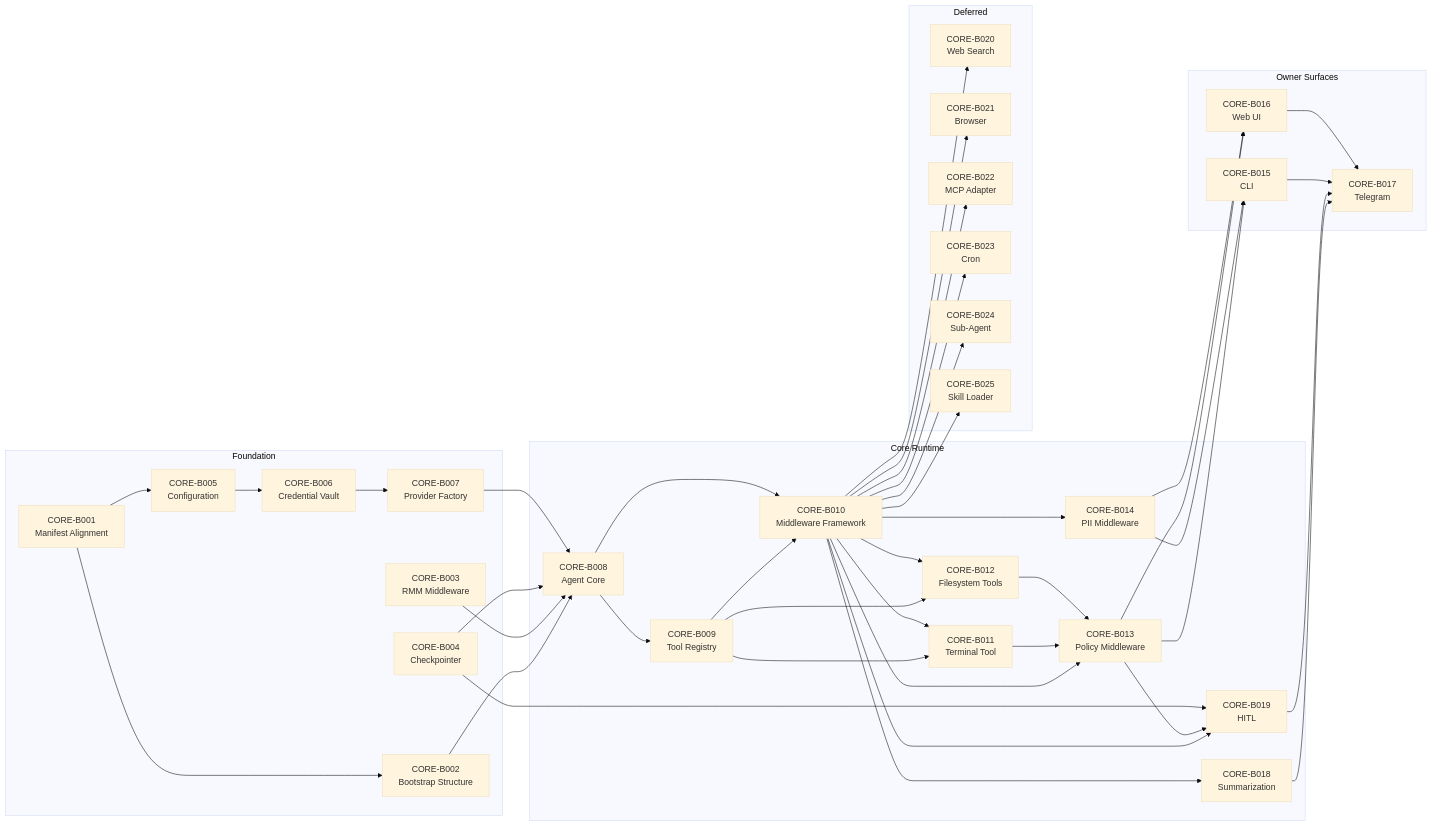
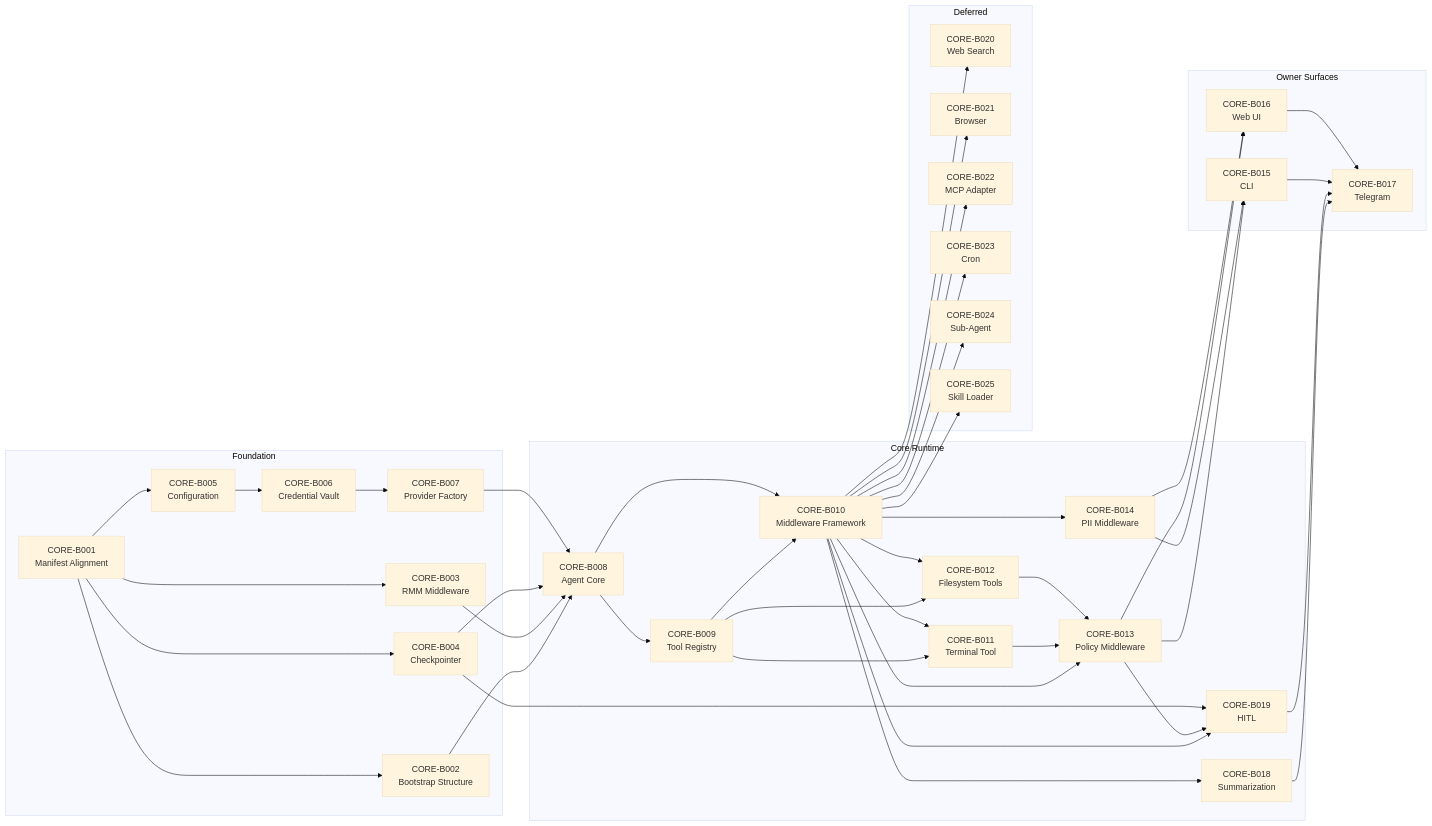
Before and after one commit to openkraken-ai/openkraken: the diagram in docs/Tasks.md, drawn with Mermaid (base theme). The commit also changed other lines of this file, not shown here.

Commit message:
docs: fix remaining task graph edge

````diff
--- a/docs/Tasks.md
+++ b/docs/Tasks.md
@@ -56,77 +57,79 @@
 ```mermaid
 flowchart LR
     subgraph FOUNDATION["Foundation"]
         B001["CORE-B001<br/>Manifest Alignment"]
         B002["CORE-B002<br/>Bootstrap Structure"]
         B003["CORE-B003<br/>RMM Middleware"]
         B004["CORE-B004<br/>Checkpointer"]
         B005["CORE-B005<br/>Configuration"]
         B006["CORE-B006<br/>Credential Vault"]
         B007["CORE-B007<br/>Provider Factory"]
     end
 
     subgraph CORE["Core Runtime"]
         B008["CORE-B008<br/>Agent Core"]
         B009["CORE-B009<br/>Tool Registry"]
         B010["CORE-B010<br/>Middleware Framework"]
         B011["CORE-B011<br/>Terminal Tool"]
         B012["CORE-B012<br/>Filesystem Tools"]
         B013["CORE-B013<br/>Policy Middleware"]
         B014["CORE-B014<br/>PII Middleware"]
         B018["CORE-B018<br/>Summarization"]
         B019["CORE-B019<br/>HITL"]
     end
 
     subgraph SURFACES["Owner Surfaces"]
         B015["CORE-B015<br/>CLI"]
         B016["CORE-B016<br/>Web UI"]
         B017["CORE-B017<br/>Telegram"]
     end
 
     subgraph DEFERRED["Deferred"]
         B020["CORE-B020<br/>Web Search"]
         B021["CORE-B021<br/>Browser"]
         B022["CORE-B022<br/>MCP Adapter"]
         B023["CORE-B023<br/>Cron"]
         B024["CORE-B024<br/>Sub-Agent"]
         B025["CORE-B025<br/>Skill Loader"]
     end
 
     B001 --> B002
+    B001 --> B003
+    B001 --> B004
     B001 --> B005
     B002 --> B008
     B003 --> B008
     B004 --> B008
     B005 --> B006
     B006 --> B007
     B007 --> B008
     B008 --> B009
     B009 --> B010
     B008 --> B010
     B009 --> B011
     B009 --> B012
     B010 --> B011
     B010 --> B012
     B010 --> B013
     B010 --> B014
     B010 --> B018
     B010 --> B019
     B011 --> B013
     B012 --> B013
     B013 --> B019
     B004 --> B019
     B013 --> B015
     B013 --> B016
     B014 --> B015
     B014 --> B016
     B018 --> B017
     B019 --> B017
     B015 --> B017
     B016 --> B017
     B010 --> B020
     B010 --> B021
     B010 --> B022
     B010 --> B023
     B010 --> B024
     B010 --> B025
 ```
````
